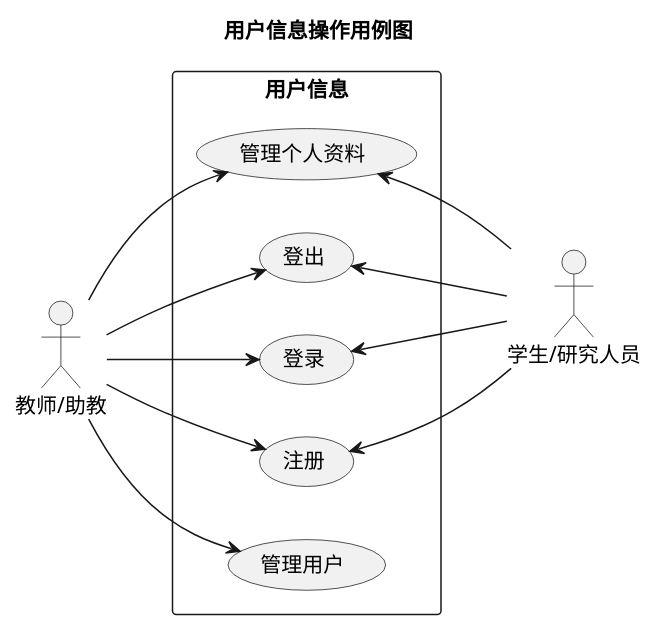
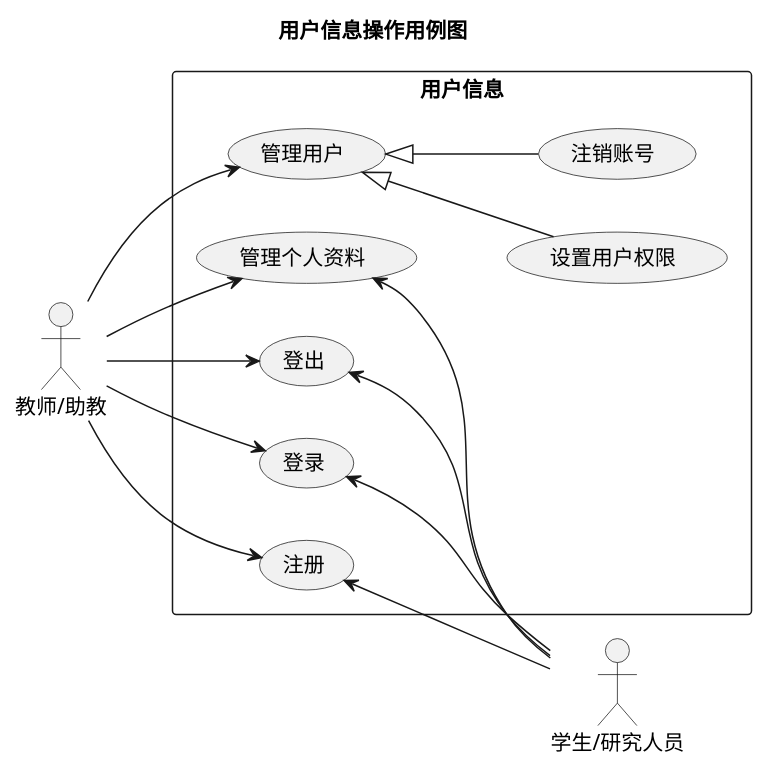
Before and after one commit to reaLJR/Logical-thinking-and-programming: the fourth of 9 diagrams in platform-design/design-docs/my-usercase-design.wsd, drawn with PlantUML. The commit also changed 1 other file, not shown here.

```diff
--- a/platform-design/design-docs/my-usercase-design.wsd
+++ b/platform-design/design-docs/my-usercase-design.wsd
@@ -340,30 +340,36 @@
 @startuml 用户信息操作用例图
 title "用户信息操作用例图"
 
 left to right direction
 
 
 actor "教师/助教" as teacherAndStudent
 actor "学生/研究人员" as assistantAndExpert
 
 rectangle "用户信息" {
     usecase (注册) as signUp
     usecase (登录) as signIn
     usecase (登出) as signOut
     usecase (管理个人资料) as manageInfo
     usecase (管理用户) as manageAccount
+
+    usecase (设置用户权限) as setRight
+    usecase (注销账号) as closeAccount
 }
 
 teacherAndStudent --> signUp
 teacherAndStudent --> signIn
 teacherAndStudent --> signOut
 teacherAndStudent --> manageInfo
 teacherAndStudent --> manageAccount
 
 
 
 assistantAndExpert -up-> signUp
 assistantAndExpert -up-> signIn
 assistantAndExpert -up-> signOut
 assistantAndExpert -up-> manageInfo
+
+manageAccount <|-- setRight
+manageAccount <|-- closeAccount
 @enduml
```
